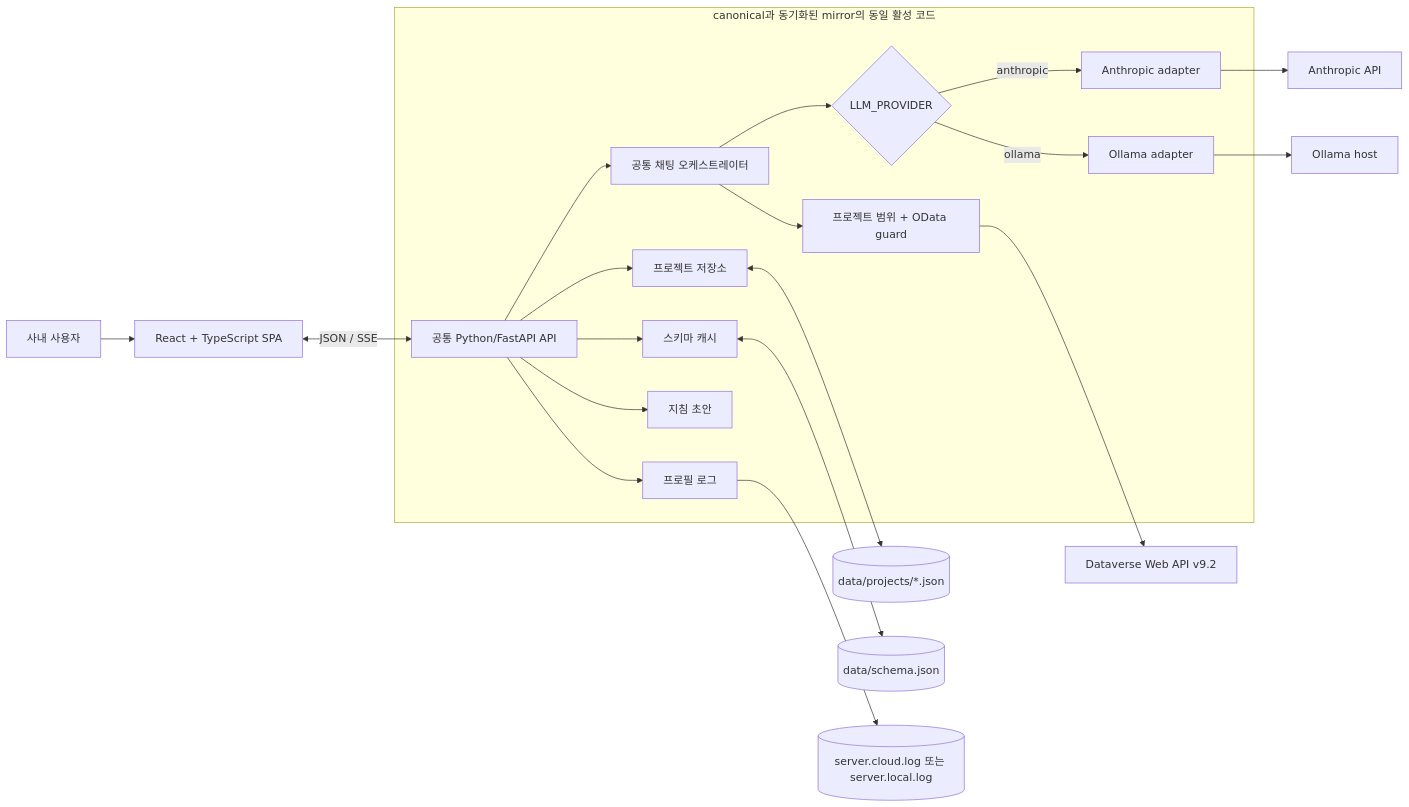
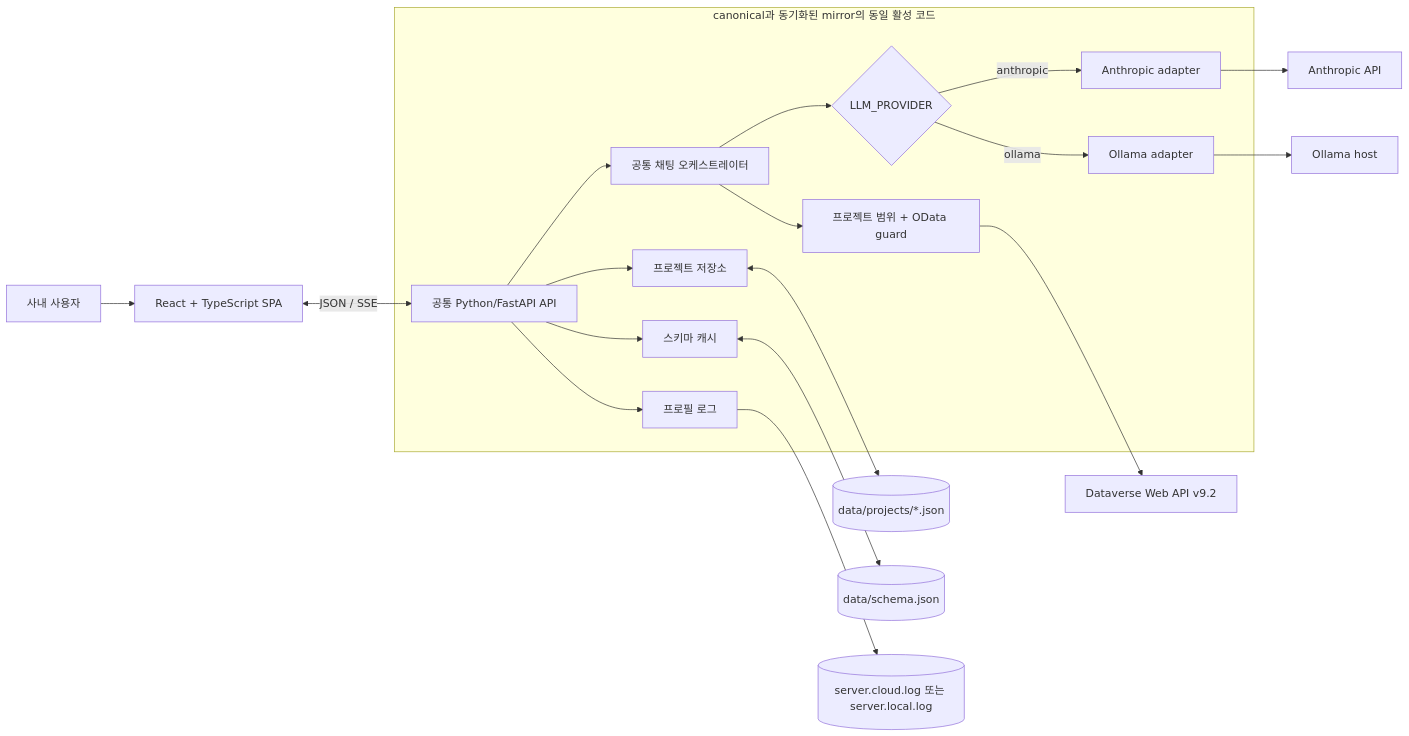
Before and after one commit to hansu0317/cloud-mcp-azure: the first of 2 diagrams in docs/HANDOVER.md, drawn with Mermaid. The commit also changed other lines of this file and 19 other files, not shown here.

````diff
--- a/docs/HANDOVER.md
+++ b/docs/HANDOVER.md
@@ -89,24 +95,23 @@
 ```mermaid
 flowchart LR
     U["사내 사용자"] --> SPA["React + TypeScript SPA"]
     SPA <-->|"JSON / SSE"| API["공통 Python/FastAPI API"]
 
     subgraph APP["canonical과 동기화된 mirror의 동일 활성 코드"]
         API --> CHAT["공통 채팅 오케스트레이터"]
         CHAT --> FACTORY{"LLM_PROVIDER"}
         FACTORY -->|"anthropic"| A["Anthropic adapter"]
         FACTORY -->|"ollama"| O["Ollama adapter"]
         CHAT --> GUARD["프로젝트 범위 + OData guard"]
         API --> PROJECTS["프로젝트 저장소"]
         API --> SCHEMA["스키마 캐시"]
-        API --> DRAFT["지침 초안"]
         API --> LOG["프로필 로그"]
     end
 
     A --> ANTH["Anthropic API"]
     O --> OLLAMA["Ollama host"]
     GUARD --> DV["Dataverse Web API v9.2"]
     PROJECTS <--> PF[("data/projects/*.json")]
     SCHEMA <--> SF[("data/schema.json")]
     LOG --> LF[("server.cloud.log 또는 server.local.log")]
 ```
````
